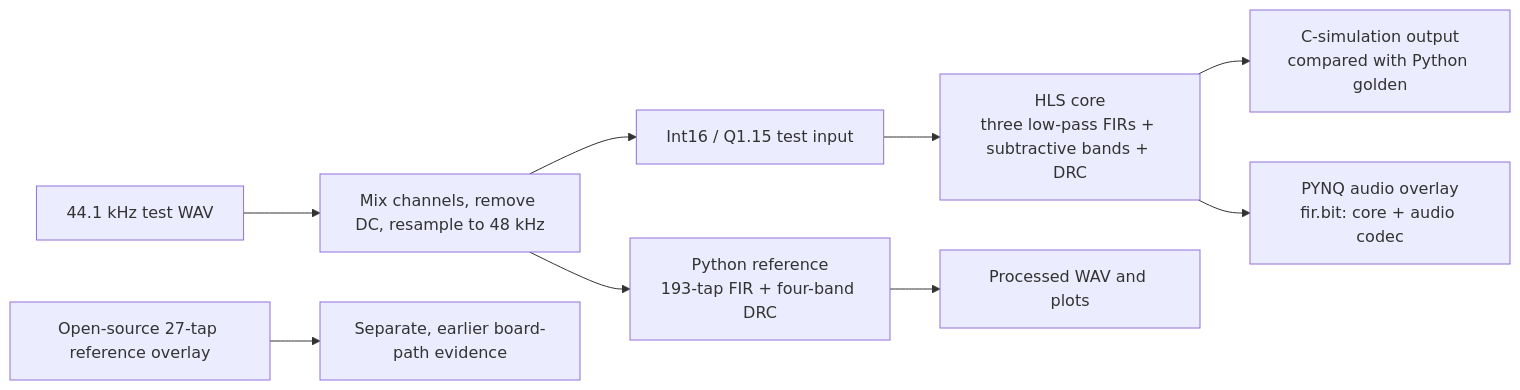
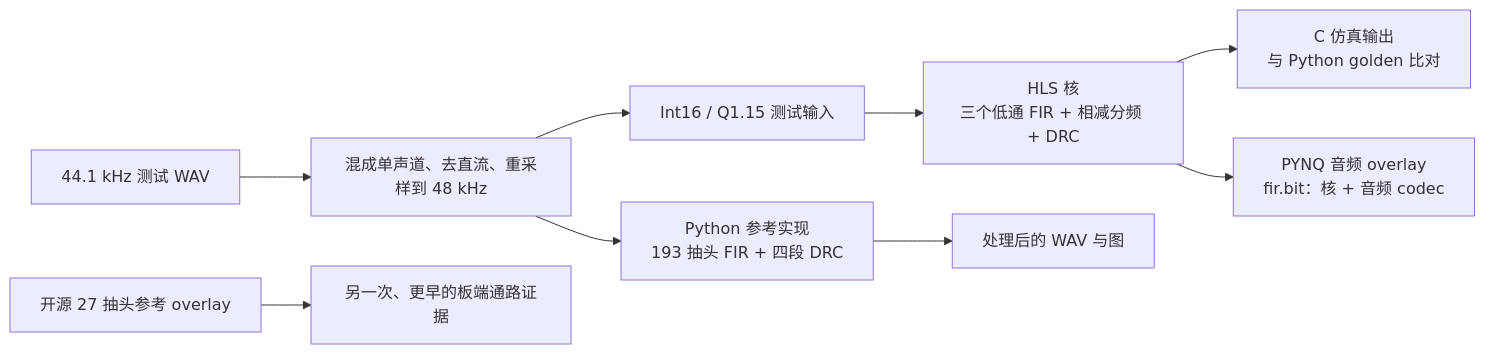
Before and after one commit to JR0425/pynq-multiband-audio-accel: the diagram in report/design_report_draft.md, drawn with Mermaid. The commit also changed other lines of this file and 12 other files, not shown here.

````diff
--- a/report/design_report_draft.md
+++ b/report/design_report_draft.md
@@ -28,11 +42,11 @@
 ```mermaid
 flowchart LR
-    wav[44.1 kHz test WAV] --> prep[Mix channels, remove DC, resample to 48 kHz]
-    prep --> py[Python reference<br/>193-tap FIR + four-band DRC]
-    prep --> q15[Int16 / Q1.15 test input]
-    q15 --> hls[HLS core<br/>three low-pass FIRs + subtractive bands + DRC]
-    py --> pyout[Processed WAV and plots]
-    hls --> simout[C-simulation output<br/>compared with Python golden]
-    hls --> board[PYNQ audio overlay<br/>fir.bit: core + audio codec]
-    ref[Open-source 27-tap reference overlay] --> refboard[Separate, earlier board-path evidence]
+    wav[44.1 kHz 测试 WAV] --> prep[混成单声道、去直流、重采样到 48 kHz]
+    prep --> py[Python 参考实现<br/>193 抽头 FIR + 四段 DRC]
+    prep --> q15[Int16 / Q1.15 测试输入]
+    q15 --> hls[HLS 核<br/>三个低通 FIR + 相减分频 + DRC]
+    py --> pyout[处理后的 WAV 与图]
+    hls --> simout[C 仿真输出<br/>与 Python golden 比对]
+    hls --> board[PYNQ 音频 overlay<br/>fir.bit：核 + 音频 codec]
+    ref[开源 27 抽头参考 overlay] --> refboard[另一次、更早的板端通路证据]
 ```
````
